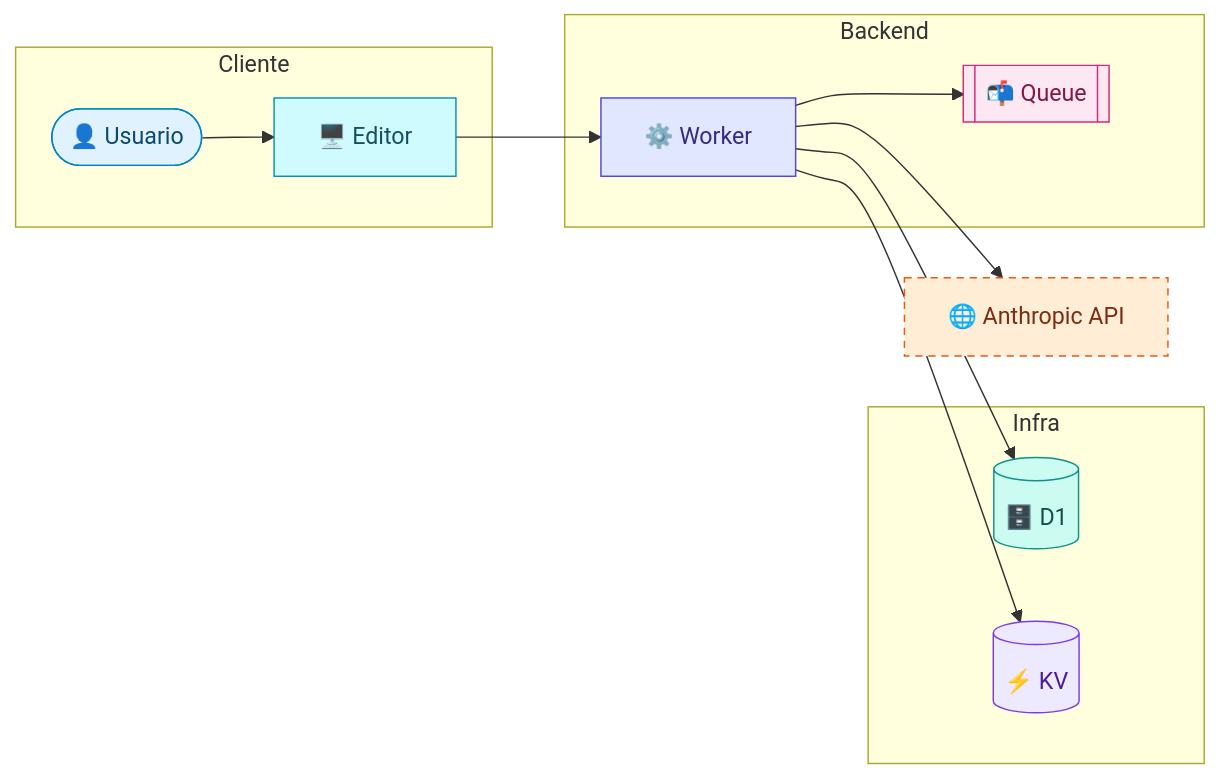
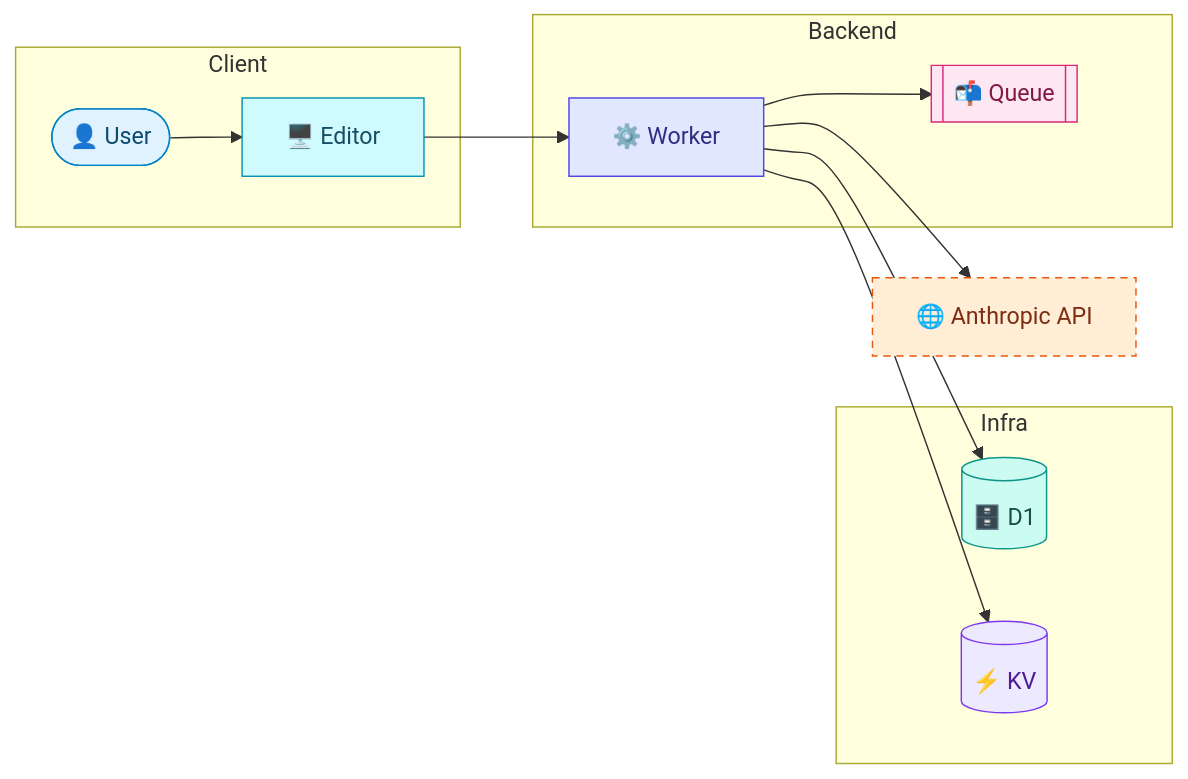
One commit to samosunaz/agent-skills changed the first of 5 diagrams in plugins/samuel/reference/mermaid-style.md. Above: the diagram before and after it, drawn with Mermaid. The commit also changed other lines of this file and 9 other files, not shown here.

First line of the commit message:
docs: translate the diagram vocabulary and the last domain nouns

````diff
--- a/plugins/samuel/reference/mermaid-style.md
+++ b/plugins/samuel/reference/mermaid-style.md
@@ -84,22 +84,22 @@
 ```mermaid
 flowchart LR
-    subgraph Cliente
-        U([👤 Usuario]):::actor --> FE[🖥️ Editor]:::ui
+    subgraph Client
+        U([👤 User]):::actor --> FE[🖥️ Editor]:::ui
     end
     subgraph Backend
         FE --> API[⚙️ Worker]:::svc
         API --> Q[[📬 Queue]]:::queue
     end
     subgraph Infra
         API --> DB[(🗄️ D1)]:::db
         API --> KV[(⚡ KV)]:::cache
     end
     API --> LLM[🌐 Anthropic API]:::ext
     classDef actor fill:#e0f2fe,stroke:#0284c7,color:#0c4a6e
     classDef ui fill:#cffafe,stroke:#0891b2,color:#164e63
     classDef svc fill:#e0e7ff,stroke:#4f46e5,color:#312e81
     classDef queue fill:#fce7f3,stroke:#db2777,color:#831843
     classDef db fill:#ccfbf1,stroke:#0d9488,color:#134e4a
     classDef cache fill:#ede9fe,stroke:#7c3aed,color:#4c1d95
     classDef ext fill:#ffedd5,stroke:#ea580c,color:#7c2d12,stroke-dasharray:5 4
 ```
````
